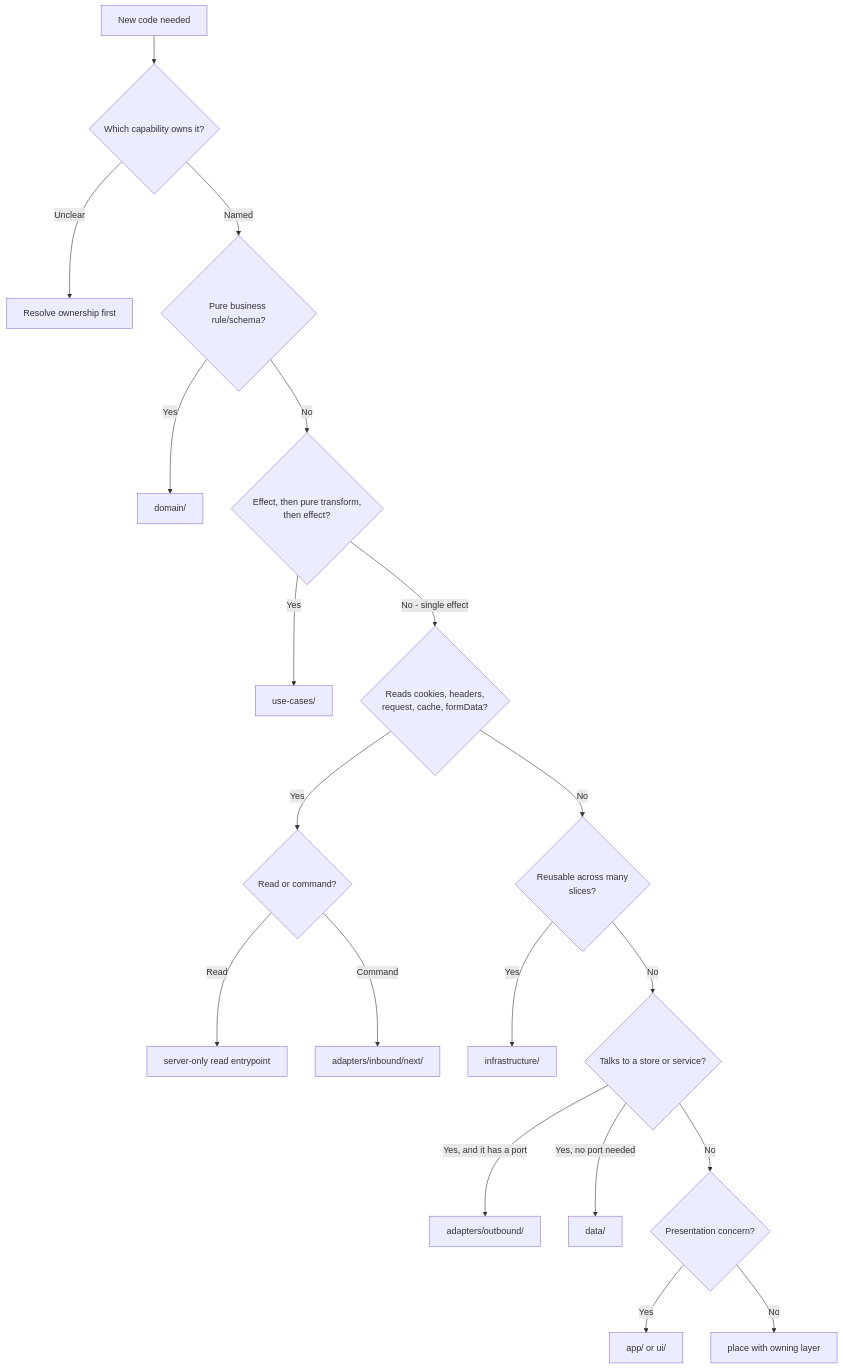
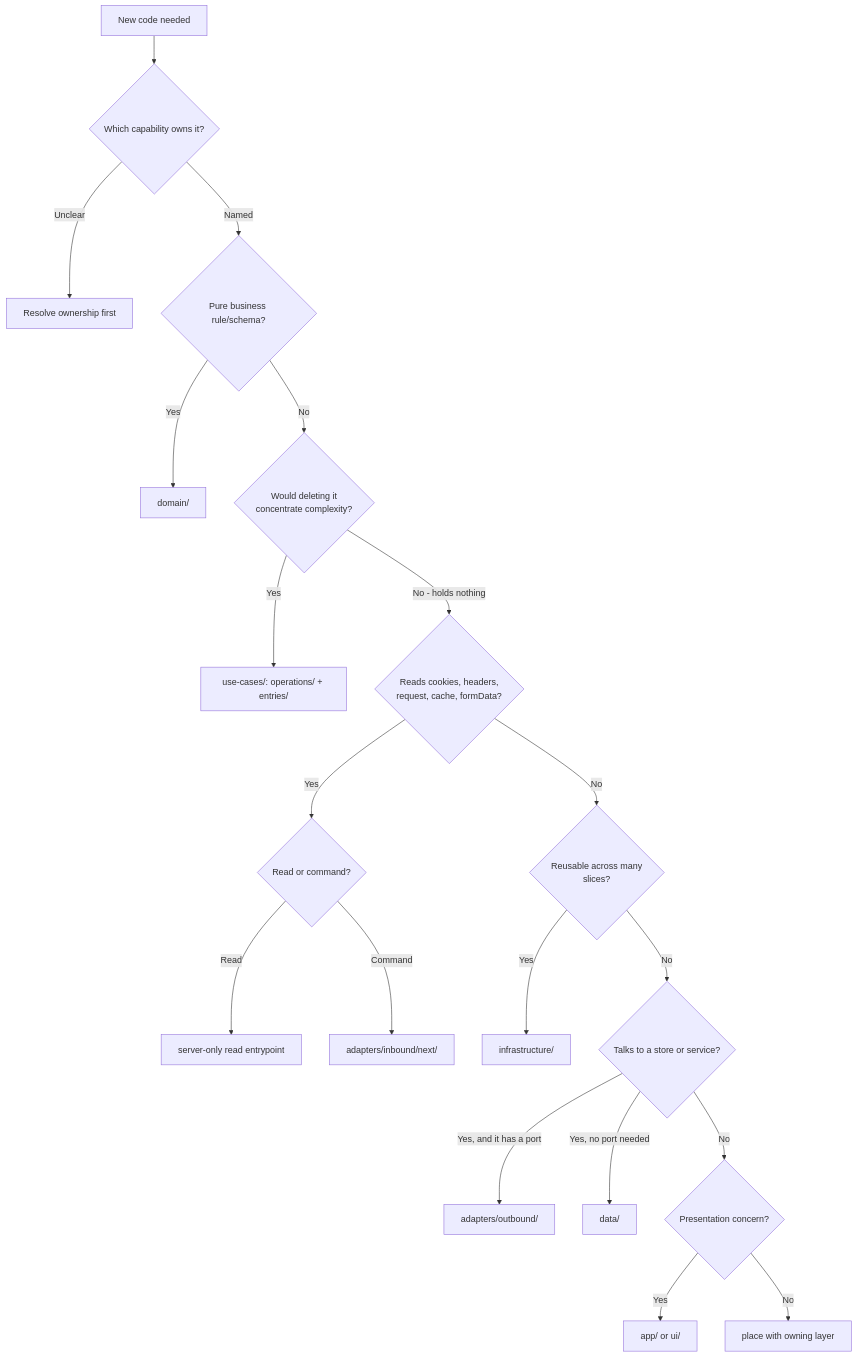
The third of 5 diagrams in docs/agent-decision-maps.md (clicktronix/nextjs-clean-skills), drawn with Mermaid before and after one commit. The commit also changed other lines of this file and 9 other files, not shown here.

````diff
--- a/docs/agent-decision-maps.md
+++ b/docs/agent-decision-maps.md
@@ -50,21 +52,21 @@
 ```mermaid
 flowchart TD
   Need["New code needed"] --> Owner{"Which capability owns it?"}
   Owner -->|Unclear| Stop["Resolve ownership first"]
   Owner -->|Named| Pure{"Pure business rule/schema?"}
   Pure -->|Yes| Domain["domain/"]
-  Pure -->|No| Sandwich{"Effect, then pure transform,\nthen effect?"}
-  Sandwich -->|Yes| UseCase["use-cases/"]
-  Sandwich -->|"No - single effect"| Framework{"Reads cookies, headers,\nrequest, cache, formData?"}
+  Pure -->|No| Holds{"Would deleting it\nconcentrate complexity?"}
+  Holds -->|Yes| UseCase["use-cases/: operations/ + entries/"]
+  Holds -->|"No - holds nothing"| Framework{"Reads cookies, headers,\nrequest, cache, formData?"}
   Framework -->|Yes| InboundOrRead{"Read or command?"}
   InboundOrRead -->|Read| ReadEntry["server-only read entrypoint"]
   InboundOrRead -->|Command| Inbound["adapters/inbound/next/"]
   Framework -->|No| Reusable{"Reusable across many\nslices?"}
   Reusable -->|Yes| Infra["infrastructure/"]
   Reusable -->|No| Persistence{"Talks to a store or service?"}
   Persistence -->|"Yes, and it has a port"| Outbound["adapters/outbound/"]
   Persistence -->|"Yes, no port needed"| Data["data/"]
   Persistence -->|No| Presentation{"Presentation concern?"}
   Presentation -->|Yes| UI["app/ or ui/"]
   Presentation -->|No| Place["place with owning layer"]
 ```
````
